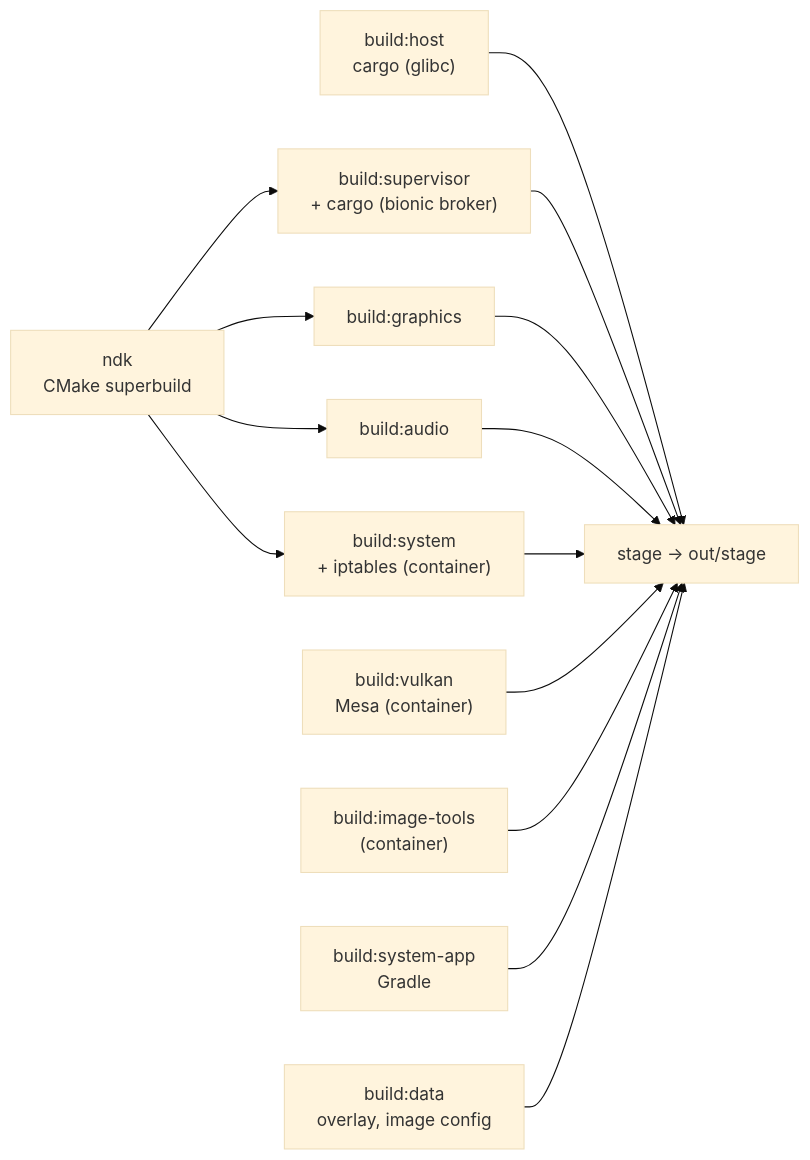
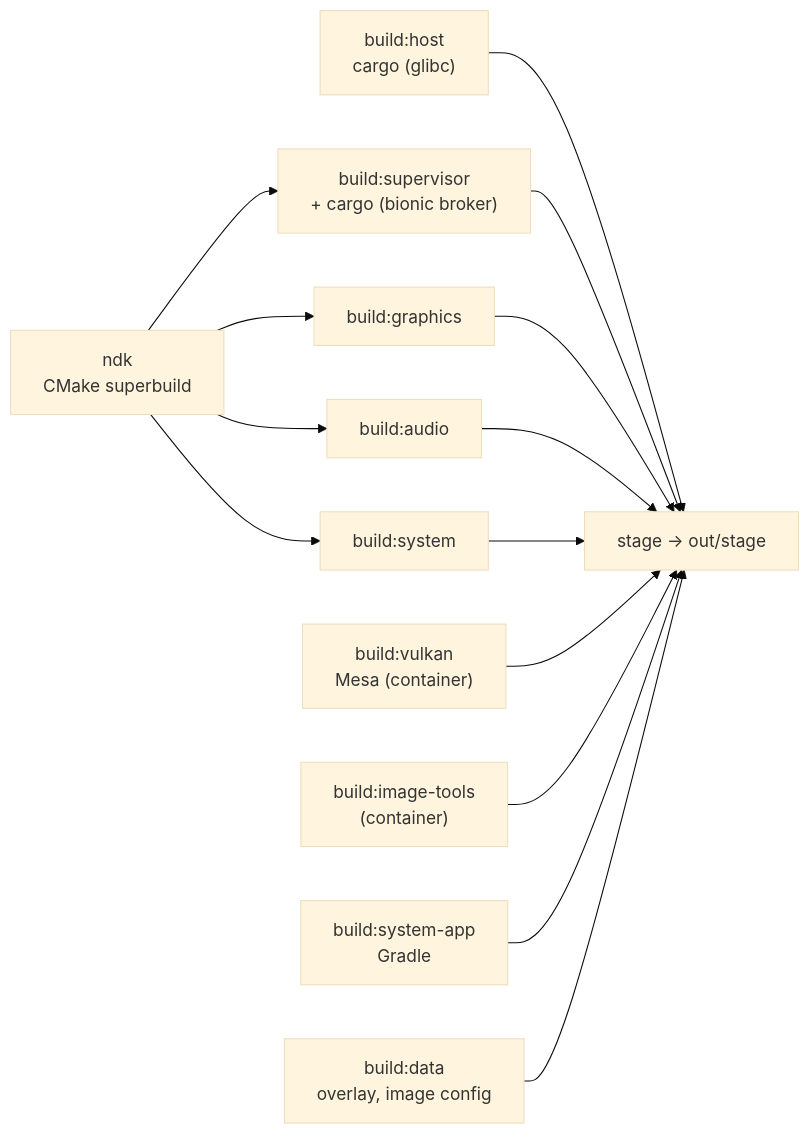
The diagram in docs/development.md (sargunv/innkeeper), drawn with Mermaid (base theme) before and after one commit. The commit also changed other lines of this file and 79 other files, not shown here.

````diff
--- a/docs/development.md
+++ b/docs/development.md
@@ -24,13 +23,13 @@
 ```mermaid
 flowchart LR
   host["build:host<br/>cargo (glibc)"] --> stage
   ndk["ndk<br/>CMake superbuild"] --> sup["build:supervisor<br/>+ cargo (bionic broker)"] --> stage
   ndk --> gfx["build:graphics"] --> stage
   ndk --> aud["build:audio"] --> stage
-  ndk --> sys["build:system<br/>+ iptables (container)"] --> stage
+  ndk --> sys["build:system"] --> stage
   vk["build:vulkan<br/>Mesa (container)"] --> stage
   it["build:image-tools<br/>(container)"] --> stage
   app["build:system-app<br/>Gradle"] --> stage
   data["build:data<br/>overlay, image config"] --> stage
   stage["stage → out/stage"]
 ```
````
